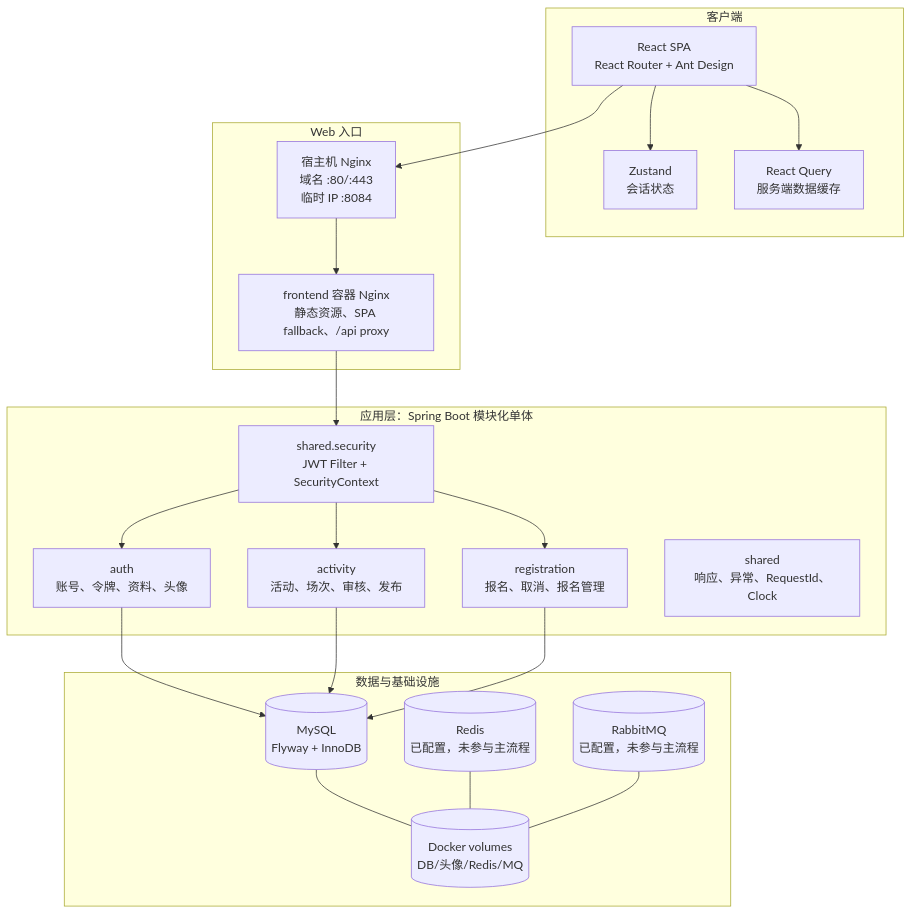
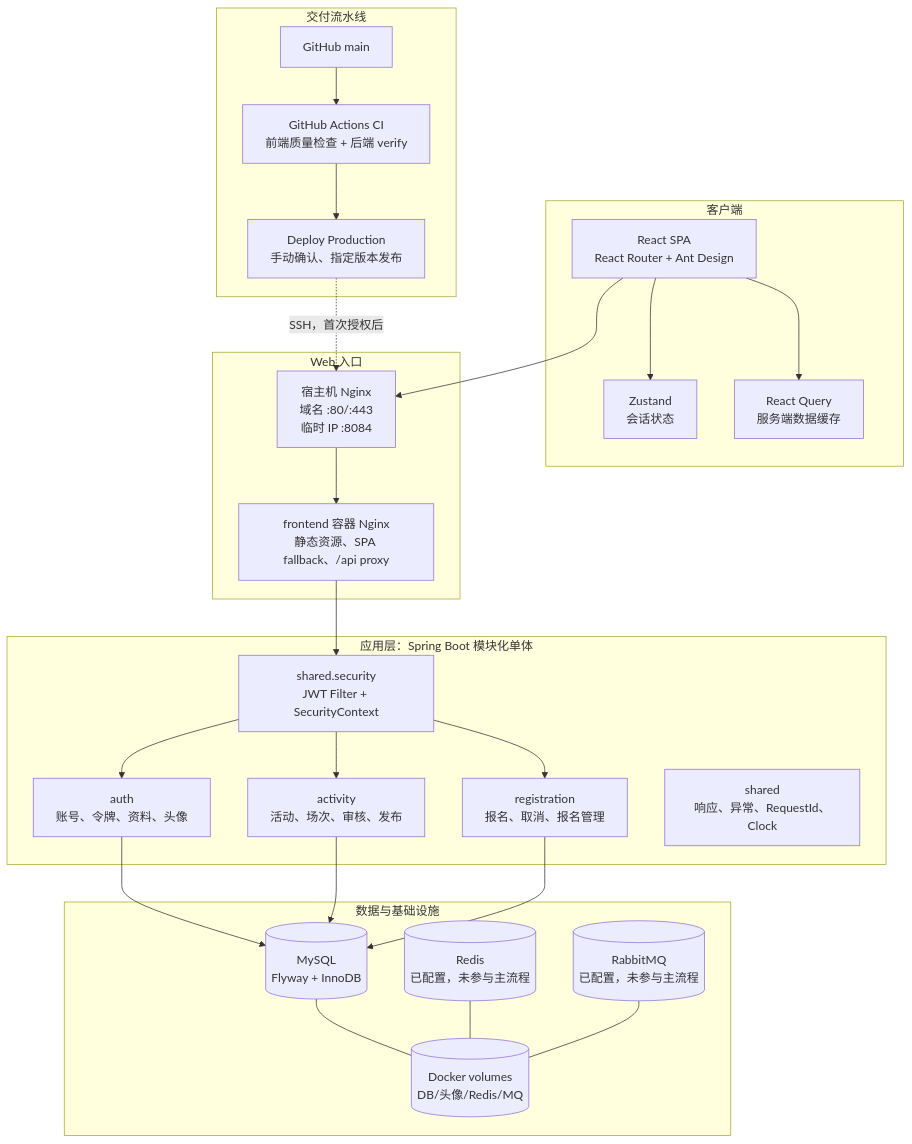
Before and after one commit to Wybell/eventflow: the first of 4 diagrams in docs/architecture.md, drawn with Mermaid. The commit also changed other lines of this file and 2 other files, not shown here.

Commit message:
docs: align delivery workflow and deployment status

````diff
--- a/docs/architecture.md
+++ b/docs/architecture.md
@@ -7,41 +7,49 @@
 ```mermaid
 flowchart TB
   subgraph Client["客户端"]
     UI["React SPA\nReact Router + Ant Design"]
     State["Zustand\n会话状态"]
     Query["React Query\n服务端数据缓存"]
   end
 
   subgraph Edge["Web 入口"]
     Host["宿主机 Nginx\n域名 :80/:443\n临时 IP :8084"]
     Web["frontend 容器 Nginx\n静态资源、SPA fallback、/api proxy"]
   end
 
   subgraph App["应用层：Spring Boot 模块化单体"]
     Security["shared.security\nJWT Filter + SecurityContext"]
     Auth["auth\n账号、令牌、资料、头像"]
     Activity["activity\n活动、场次、审核、发布"]
     Registration["registration\n报名、取消、报名管理"]
     Shared["shared\n响应、异常、RequestId、Clock"]
   end
 
   subgraph Data["数据与基础设施"]
     DB[("MySQL\nFlyway + InnoDB")]
     Redis[("Redis\n已配置，未参与主流程")]
     MQ[("RabbitMQ\n已配置，未参与主流程")]
     Volume[("Docker volumes\nDB/头像/Redis/MQ")]
   end
 
+  subgraph Delivery["交付流水线"]
+    GitHub["GitHub main"]
+    CI["GitHub Actions CI\n前端质量检查 + 后端 verify"]
+    CD["Deploy Production\n手动确认、指定版本发布"]
+  end
+
   UI --> State
   UI --> Query
   UI --> Host --> Web --> Security
   Security --> Auth
   Security --> Activity
   Security --> Registration
   Auth --> DB
   Activity --> DB
   Registration --> DB
   DB --- Volume
   Redis --- Volume
   MQ --- Volume
+  GitHub --> CI --> CD
+  CD -. "SSH，首次授权后" .-> Host
 ```
````
